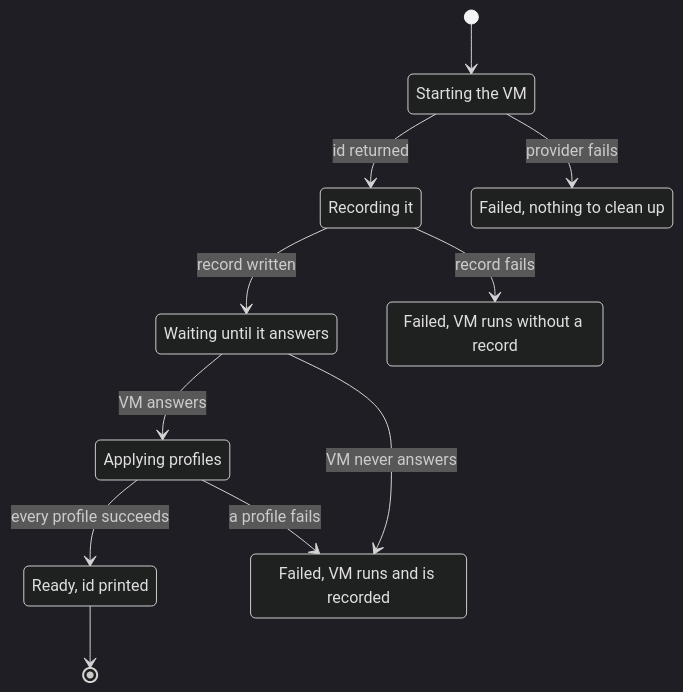
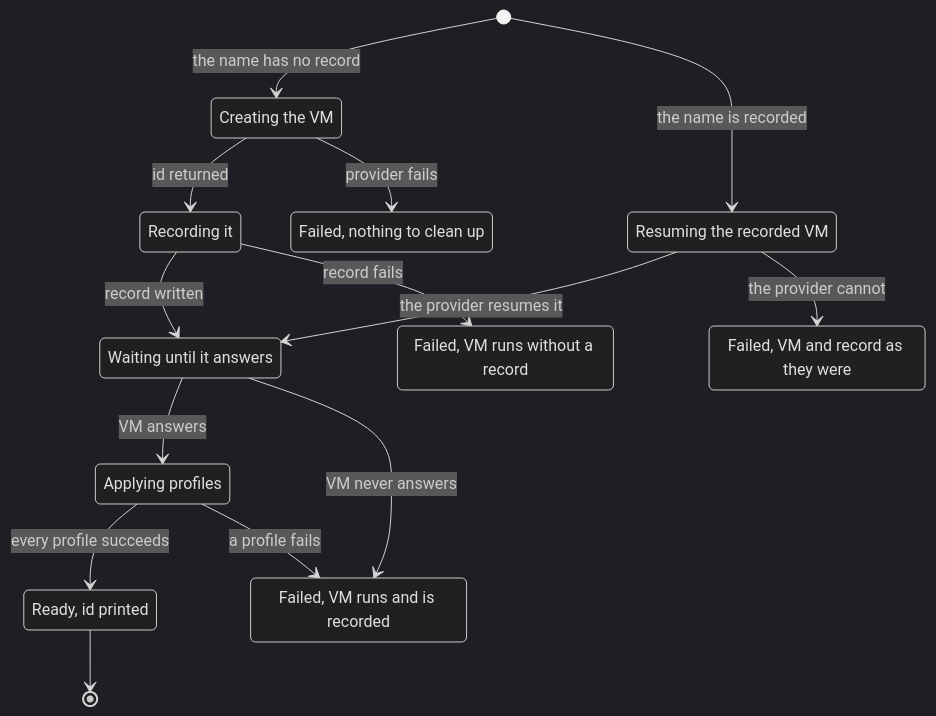
The fifth of 6 diagrams in docs/architecture.md (NextNodeSolutions/workspace), drawn with Mermaid (dark theme) before and after one commit. The commit also changed other lines of this file and 28 other files, not shown here.

````diff
--- a/docs/architecture.md
+++ b/docs/architecture.md
@@ -118,22 +140,27 @@
 ```mermaid
 stateDiagram-v2
-    state "Starting the VM" as Allocating
+    state "Creating the VM" as Allocating
+    state "Resuming the recorded VM" as Resuming
     state "Recording it" as Recording
     state "Waiting until it answers" as Waiting
     state "Applying profiles" as Provisioning
     state "Ready, id printed" as Ready
     state "Failed, nothing to clean up" as NoVm
     state "Failed, VM runs without a record" as Unrecorded
     state "Failed, VM runs and is recorded" as Recorded
+    state "Failed, VM and record as they were" as Kept
 
-    [*] --> Allocating
+    [*] --> Allocating: the name has no record
+    [*] --> Resuming: the name is recorded
+    Resuming --> Waiting: the provider resumes it
+    Resuming --> Kept: the provider cannot
     Allocating --> Recording: id returned
     Allocating --> NoVm: provider fails
     Recording --> Waiting: record written
     Recording --> Unrecorded: record fails
     Waiting --> Provisioning: VM answers
     Waiting --> Recorded: VM never answers
     Provisioning --> Ready: every profile succeeds
     Provisioning --> Recorded: a profile fails
     Ready --> [*]
 ```
````
